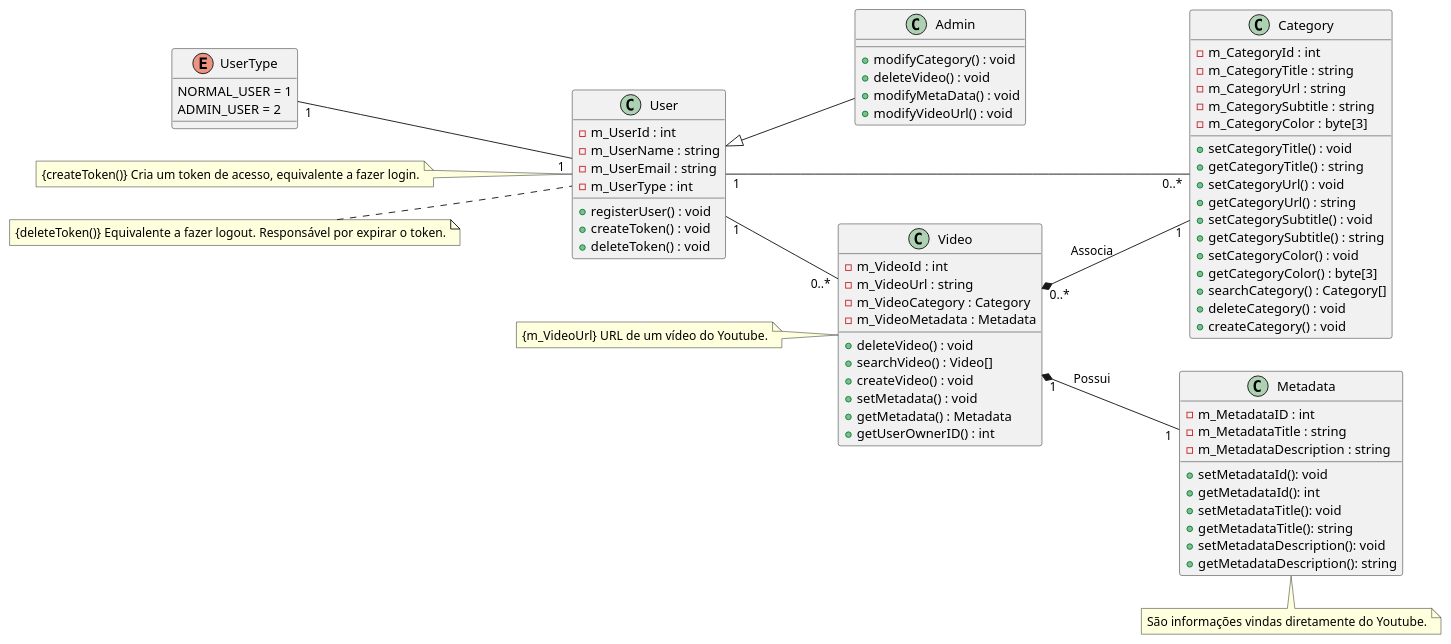
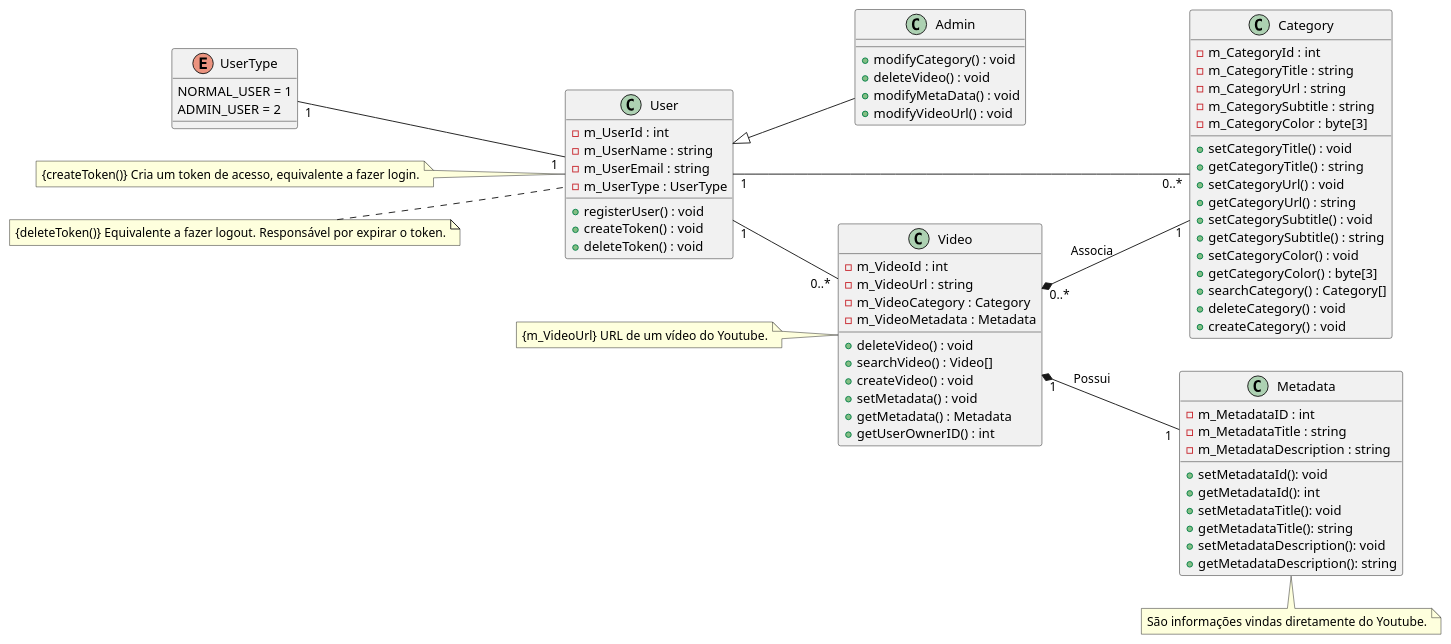
The diagram in Artefatos/Diagramas/Classes/Diagrama_Classe_Devflix.puml (MurylloEx/DevFlix-PSW), drawn with PlantUML before and after one commit. The commit also changed 9 other files, not shown here.

Commit message:
Atualizando diagramas

```diff
--- a/Artefatos/Diagramas/Classes/Diagrama_Classe_Devflix.puml
+++ b/Artefatos/Diagramas/Classes/Diagrama_Classe_Devflix.puml
@@ -1,84 +1,84 @@
 @startuml
 
 left to right direction
 
 class User {
     -m_UserId : int
     -m_UserName : string
     -m_UserEmail : string
-    -m_UserType : int
+    -m_UserType : UserType
     +registerUser() : void
     +createToken() : void
     +deleteToken() : void
 }
 
 class Admin {
     +modifyCategory() : void
     +deleteVideo() : void
     +modifyMetaData() : void
     +modifyVideoUrl() : void
 }
 
 class Category {
     -m_CategoryId : int
     -m_CategoryTitle : string
     -m_CategoryUrl : string
     -m_CategorySubtitle : string
     -m_CategoryColor : byte[3]
     +setCategoryTitle() : void
     +getCategoryTitle() : string
     +setCategoryUrl() : void
     +getCategoryUrl() : string
     +setCategorySubtitle() : void
     +getCategorySubtitle() : string
     +setCategoryColor() : void
     +getCategoryColor() : byte[3]
     +searchCategory() : Category[]
     +deleteCategory() : void
     +createCategory() : void
 }
 
 class Video {
     -m_VideoId : int
     -m_VideoUrl : string
     -m_VideoCategory : Category
     -m_VideoMetadata : Metadata
     +deleteVideo() : void
     +searchVideo() : Video[]
     +createVideo() : void
     +setMetadata() : void
     +getMetadata() : Metadata
     +getUserOwnerID() : int
 }
 class Metadata{
     -m_MetadataID : int
     -m_MetadataTitle : string
     -m_MetadataDescription : string
     +setMetadataId(): void
     +getMetadataId(): int
     +setMetadataTitle(): void
     +getMetadataTitle(): string
     +setMetadataDescription(): void
     +getMetadataDescription(): string
 }
 
 enum UserType {
     NORMAL_USER = 1
     ADMIN_USER = 2
 }
 
 User "1"-up-"1" UserType
 User "1"--"0..*" Category
 User "1"--"0..*" Video
 User <|-- Admin
 Video "1"*--"1" Metadata : Possui
 Video "0..*"*--"1" Category : Associa
 
 note left of User : {createToken()} Cria um token de acesso, equivalente a fazer login.
 note left of User : {deleteToken()} Equivalente a fazer logout. Responsável por expirar o token.
 
 note left of Video : {m_VideoUrl} URL de um vídeo do Youtube.
 
 note bottom of Metadata : São informações vindas diretamente do Youtube.
 
 @endtuml
```
